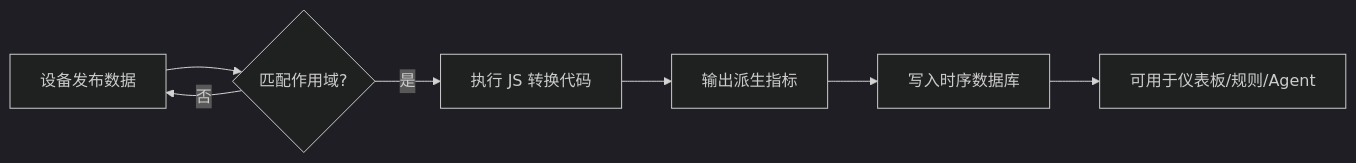
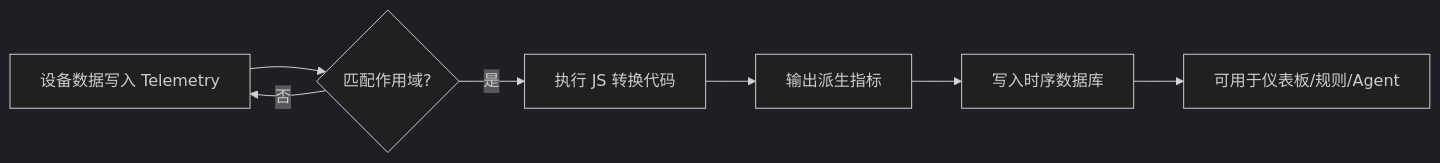
One commit to camthink-ai/wiki-documents changed the diagram in docs/0-neomind/user-guide/7b-data-transforms.md. Above: the diagram before and after it, drawn with Mermaid (dark theme). The commit also changed other lines of this file and 85 other files, not shown here.

````diff
--- a/docs/0-neomind/user-guide/7b-data-transforms.md
+++ b/docs/0-neomind/user-guide/7b-data-transforms.md
@@ -117,9 +117,9 @@
 ```mermaid
 flowchart LR
-    A[设备发布数据] --> B{匹配作用域?}
+    A[设备数据写入 Telemetry] --> B{匹配作用域?}
     B -- 是 --> C[执行 JS 转换代码]
     B -- 否 --> A
     C --> D[输出派生指标]
     D --> E[写入时序数据库]
     E --> F[可用于仪表板/规则/Agent]
 ```
````
